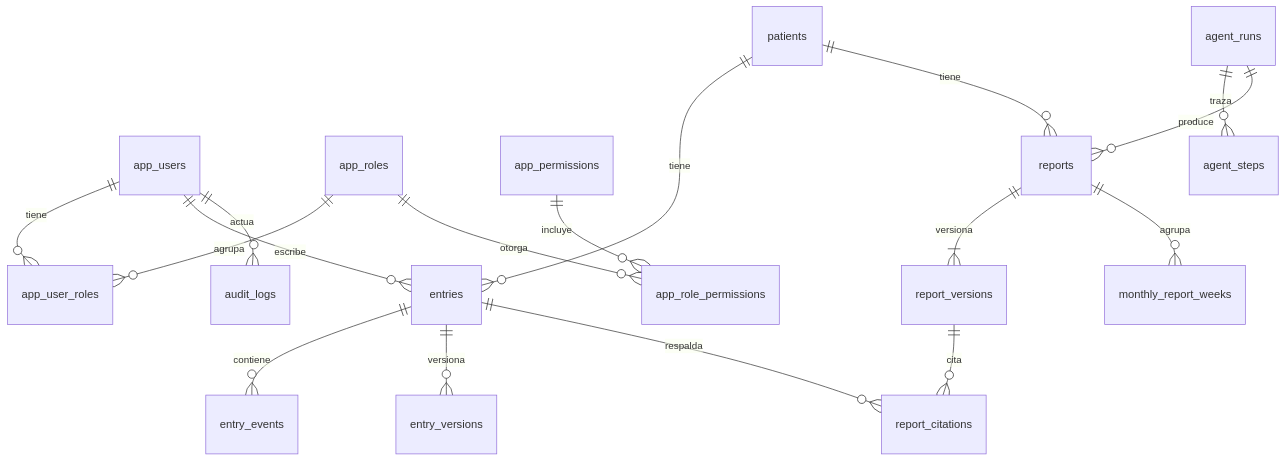
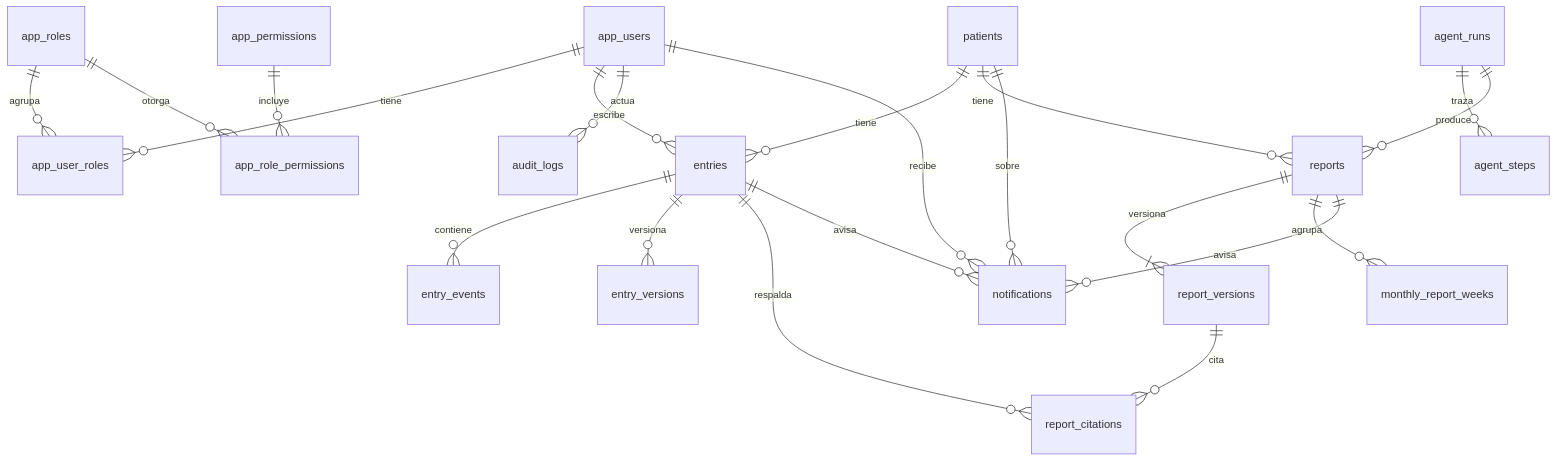
The diagram in docs/DICCIONARIO_DATOS.md (Breinersmartinez/patient-progress-auditor), drawn with Mermaid before and after one commit. The commit also changed other lines of this file and 39 other files, not shown here.

````diff
--- a/docs/DICCIONARIO_DATOS.md
+++ b/docs/DICCIONARIO_DATOS.md
@@ -53,19 +54,23 @@
 ```mermaid
 erDiagram
     app_users ||--o{ app_user_roles : tiene
     app_roles ||--o{ app_user_roles : agrupa
     app_roles ||--o{ app_role_permissions : otorga
     app_permissions ||--o{ app_role_permissions : incluye
     patients ||--o{ entries : tiene
     app_users ||--o{ entries : escribe
     entries ||--o{ entry_events : contiene
     entries ||--o{ entry_versions : versiona
     patients ||--o{ reports : tiene
     reports ||--|{ report_versions : versiona
     report_versions ||--o{ report_citations : cita
     entries ||--o{ report_citations : respalda
     reports ||--o{ monthly_report_weeks : agrupa
     agent_runs ||--o{ agent_steps : traza
     agent_runs ||--o{ reports : produce
     app_users ||--o{ audit_logs : actua
+    app_users ||--o{ notifications : recibe
+    patients ||--o{ notifications : sobre
+    entries ||--o{ notifications : avisa
+    reports ||--o{ notifications : avisa
 ```
````
